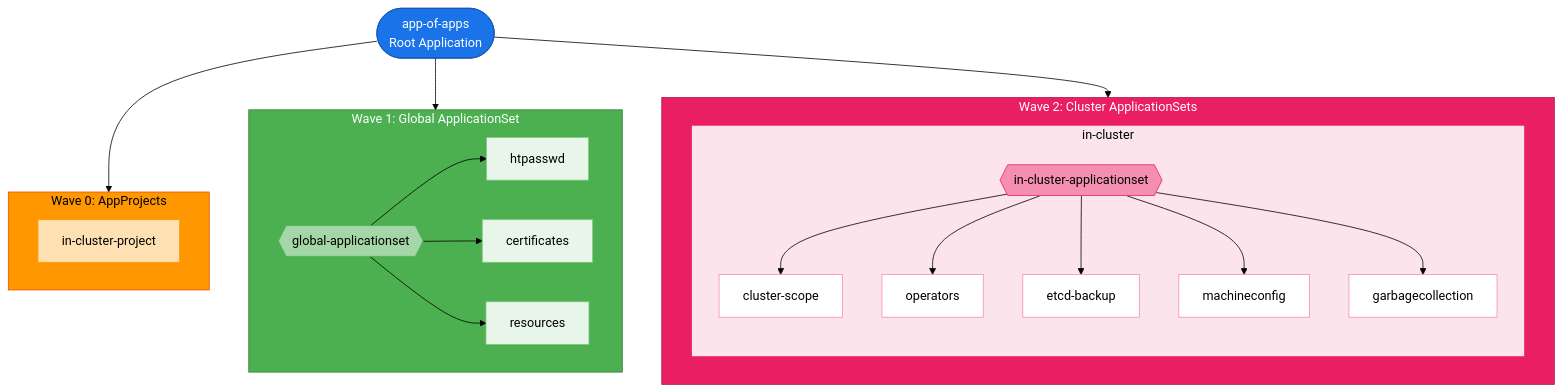
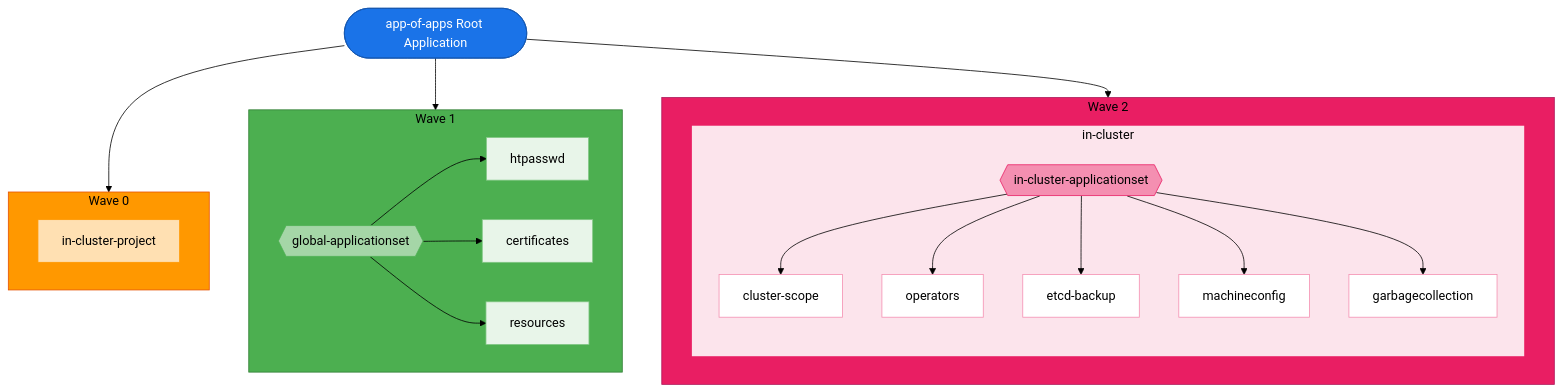
Before and after one commit to yakovbeder/beder-gitops-aoa: the first of 3 diagrams in argocd-diagram.md, drawn with Mermaid (forest theme).

Commit message:
Fix subgraph title rendering: shorten titles to prevent cut-off

````diff
--- a/argocd-diagram.md
+++ b/argocd-diagram.md
@@ -5,60 +5,60 @@
 ```mermaid
 flowchart TB
-    Root([app-of-apps<br/>Root Application])
+    Root([app-of-apps Root Application])
 
-    subgraph wave0["Wave 0: AppProjects"]
+    subgraph wave0["Wave 0"]
         Proj1[in-cluster-project]
     end
 
-    subgraph wave1["Wave 1: Global ApplicationSet"]
+    subgraph wave1["Wave 1"]
         GlobalAS{{global-applicationset}}
         GlobalApp1[htpasswd]
         GlobalApp2[certificates]
         GlobalApp3[resources]
     end
 
-    subgraph wave2["Wave 2: Cluster ApplicationSets"]
+    subgraph wave2["Wave 2"]
         subgraph cluster1["in-cluster"]
             Cluster1AS{{in-cluster-applicationset}}
             App1[cluster-scope]
             App2[operators]
             App3[etcd-backup]
             App4[machineconfig]
             App5[garbagecollection]
         end
     end
 
     Root --> wave0
     Root --> wave1
     Root --> wave2
 
     GlobalAS --> GlobalApp1
     GlobalAS --> GlobalApp2
     GlobalAS --> GlobalApp3
 
     Cluster1AS --> App1
     Cluster1AS --> App2
     Cluster1AS --> App3
     Cluster1AS --> App4
     Cluster1AS --> App5
 
     style Root fill:#1a73e8,stroke:#1557b0,color:#fff
     
     style wave0 fill:#ff9800,stroke:#e65100,color:#000
     style Proj1 fill:#ffe0b2,stroke:#ff9800,color:#000
     
-    style wave1 fill:#4caf50,stroke:#2e7d32,color:#fff
+    style wave1 fill:#4caf50,stroke:#2e7d32,color:#000
     style GlobalAS fill:#a5d6a7,stroke:#4caf50,color:#000
     style GlobalApp1 fill:#e8f5e9,stroke:#81c784,color:#000
     style GlobalApp2 fill:#e8f5e9,stroke:#81c784,color:#000
     style GlobalApp3 fill:#e8f5e9,stroke:#81c784,color:#000
     
-    style wave2 fill:#e91e63,stroke:#ad1457,color:#fff
+    style wave2 fill:#e91e63,stroke:#ad1457,color:#000
     style cluster1 fill:#fce4ec,stroke:#e91e63,color:#000
     style Cluster1AS fill:#f48fb1,stroke:#e91e63,color:#000
     style App1 fill:#fff,stroke:#f48fb1,color:#000
     style App2 fill:#fff,stroke:#f48fb1,color:#000
     style App3 fill:#fff,stroke:#f48fb1,color:#000
     style App4 fill:#fff,stroke:#f48fb1,color:#000
     style App5 fill:#fff,stroke:#f48fb1,color:#000
 ```
````
